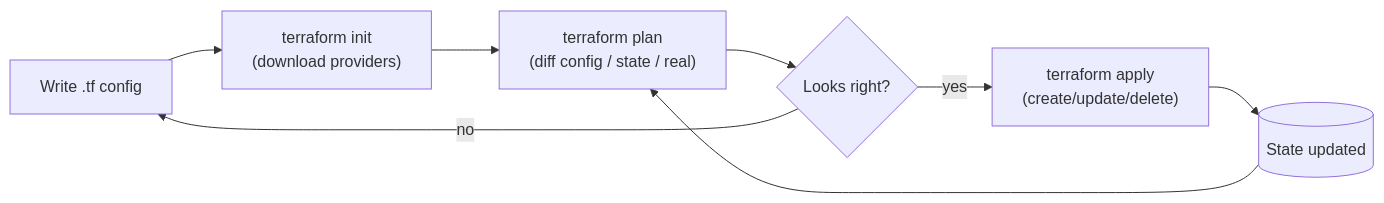
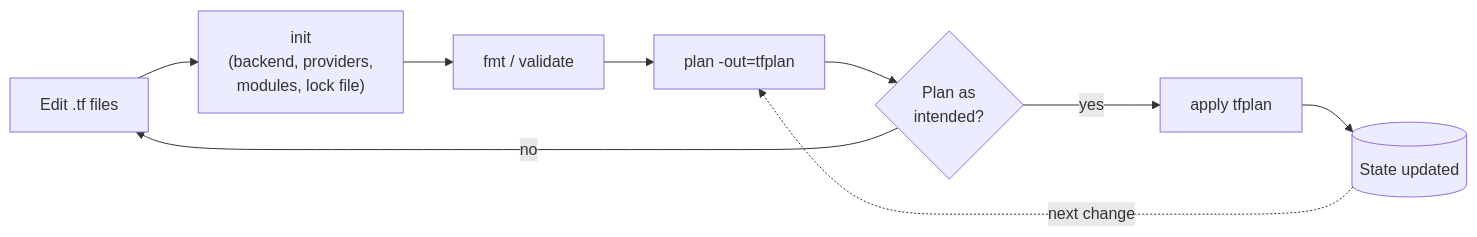
Before and after one commit to AndrewAltimit/Documentation: the first of 2 diagrams in github-pages/docs/technology/terraform/core-concepts.md, drawn with Mermaid. The commit also changed other lines of this file and 240 other files, not shown here.

````diff
--- a/github-pages/docs/technology/terraform/core-concepts.md
+++ b/github-pages/docs/technology/terraform/core-concepts.md
@@ -214,10 +108,11 @@
 ```mermaid
 flowchart LR
-    Write["Write .tf config"] --> Init["terraform init<br/>(download providers)"]
-    Init --> Plan["terraform plan<br/>(diff config / state / real)"]
-    Plan --> Review{Looks right?}
-    Review -->|no| Write
-    Review -->|yes| Apply["terraform apply<br/>(create/update/delete)"]
-    Apply --> State[(State updated)]
-    State --> Plan
+    Write["Edit .tf files"] --> Init["init<br/>(backend, providers,<br/>modules, lock file)"]
+    Init --> Val["fmt / validate"]
+    Val --> Plan["plan -out=tfplan"]
+    Plan --> Review{"Plan as<br/>intended?"}
+    Review -- no --> Write
+    Review -- yes --> Apply["apply tfplan"]
+    Apply --> State[("State updated")]
+    State -. next change .-> Plan
 ```
````
